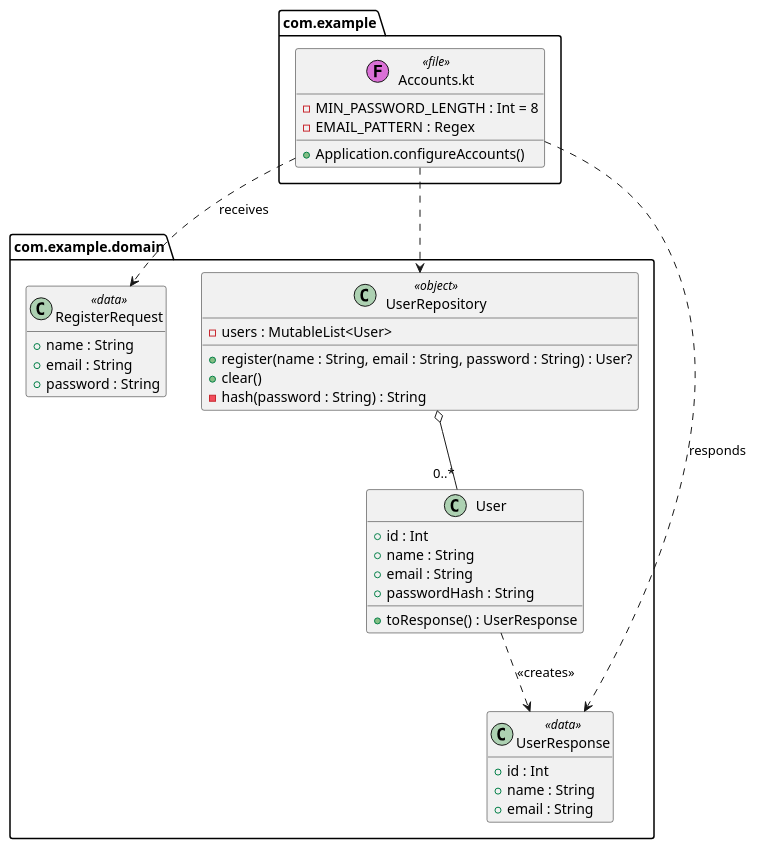
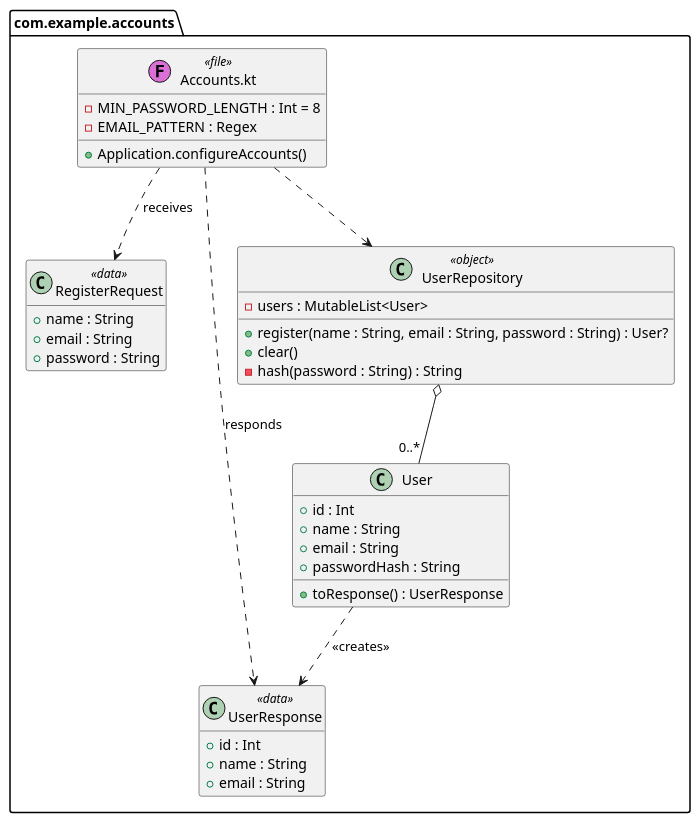
Before and after one commit to Rent-a-car-38291/rent-a-car: the diagram in docs/diagrams/class-accounts.puml, drawn with PlantUML.

Commit message:
Name the accounts package in the class diagram

```diff
--- a/docs/diagrams/class-accounts.puml
+++ b/docs/diagrams/class-accounts.puml
@@ -1,46 +1,43 @@
 @startuml
 ' The account classes as they are in src/. The car classes are in class-cars.puml.
 hide empty members
 set separator none
 
-package com.example <<Folder>> {
+package com.example.accounts <<Folder>> {
   class "Accounts.kt" as Accounts <<(F,orchid) file>> {
     - MIN_PASSWORD_LENGTH : Int = 8
     - EMAIL_PATTERN : Regex
     + Application.configureAccounts()
   }
-}
-
-package com.example.domain <<Folder>> {
   class User {
     + id : Int
     + name : String
     + email : String
     + passwordHash : String
     + toResponse() : UserResponse
   }
   class RegisterRequest <<data>> {
     + name : String
     + email : String
     + password : String
   }
   class UserResponse <<data>> {
     + id : Int
     + name : String
     + email : String
   }
   class UserRepository <<object>> {
     - users : MutableList<User>
     + register(name : String, email : String, password : String) : User?
     + clear()
     - hash(password : String) : String
   }
 }
 
 UserRepository o-- "0..*" User
 User ..> UserResponse : <<creates>>
 Accounts ..> RegisterRequest : receives
 Accounts ..> UserResponse : responds
 Accounts ..> UserRepository
 
 @enduml
```
